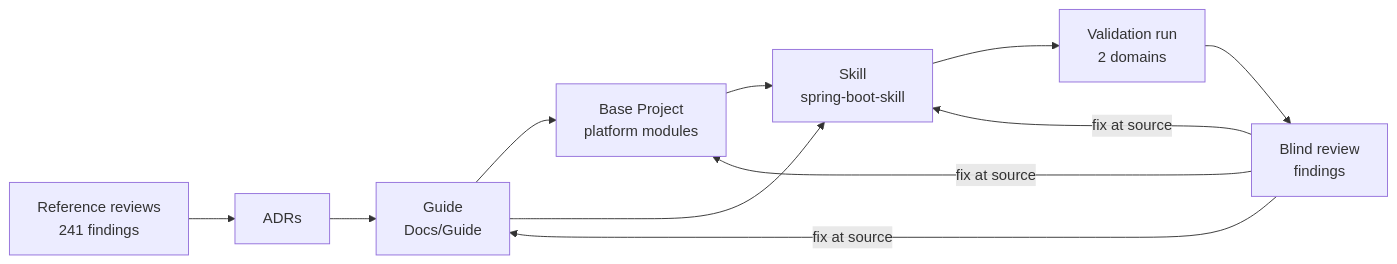
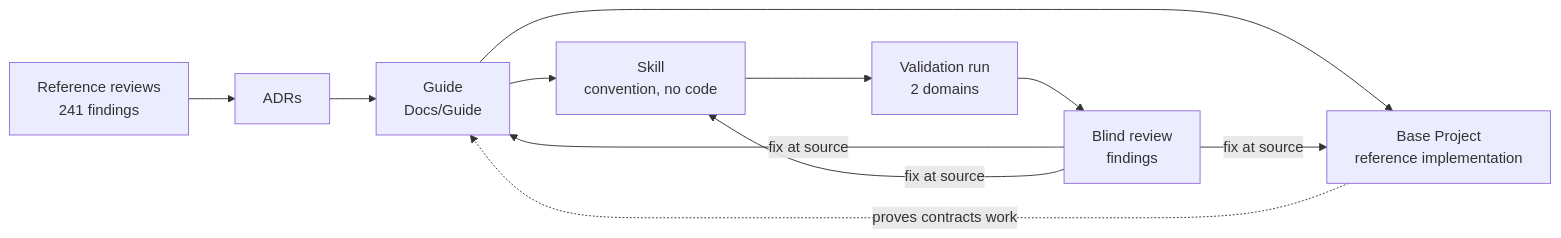
Before and after one commit to JoseLievano/spring-boot-backend-skill: the first of 2 diagrams in documentation/Features/to-do/Spring-Boot-Architecture-Guide-and-Base-Project.md, drawn with Mermaid. The commit also changed other lines of this file and 3 other files, not shown here.

````diff
--- a/documentation/Features/to-do/Spring-Boot-Architecture-Guide-and-Base-Project.md
+++ b/documentation/Features/to-do/Spring-Boot-Architecture-Guide-and-Base-Project.md
@@ -114,13 +121,13 @@
 ```mermaid
 flowchart LR
     R[Reference reviews<br/>241 findings] --> A[ADRs]
     A --> G[Guide<br/>Docs/Guide]
-    G --> B[Base Project<br/>platform modules]
-    G --> S[Skill<br/>spring-boot-skill]
-    B --> S
+    G --> B[Base Project<br/>reference implementation]
+    G --> S[Skill<br/>convention, no code]
+    B -.->|proves contracts work| G
     S --> V[Validation run<br/>2 domains]
     V --> C[Blind review<br/>findings]
     C -->|fix at source| G
     C -->|fix at source| B
     C -->|fix at source| S
 ```
````
